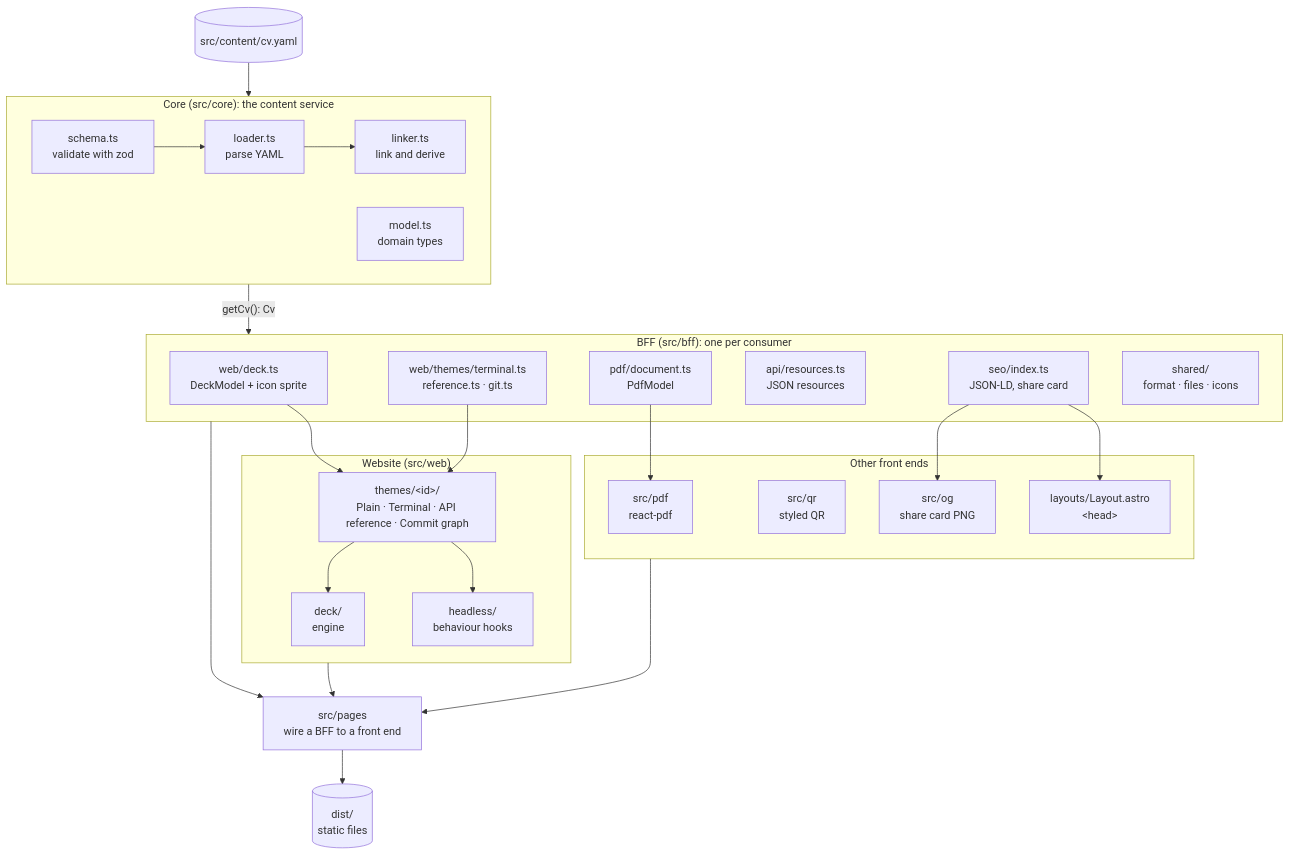
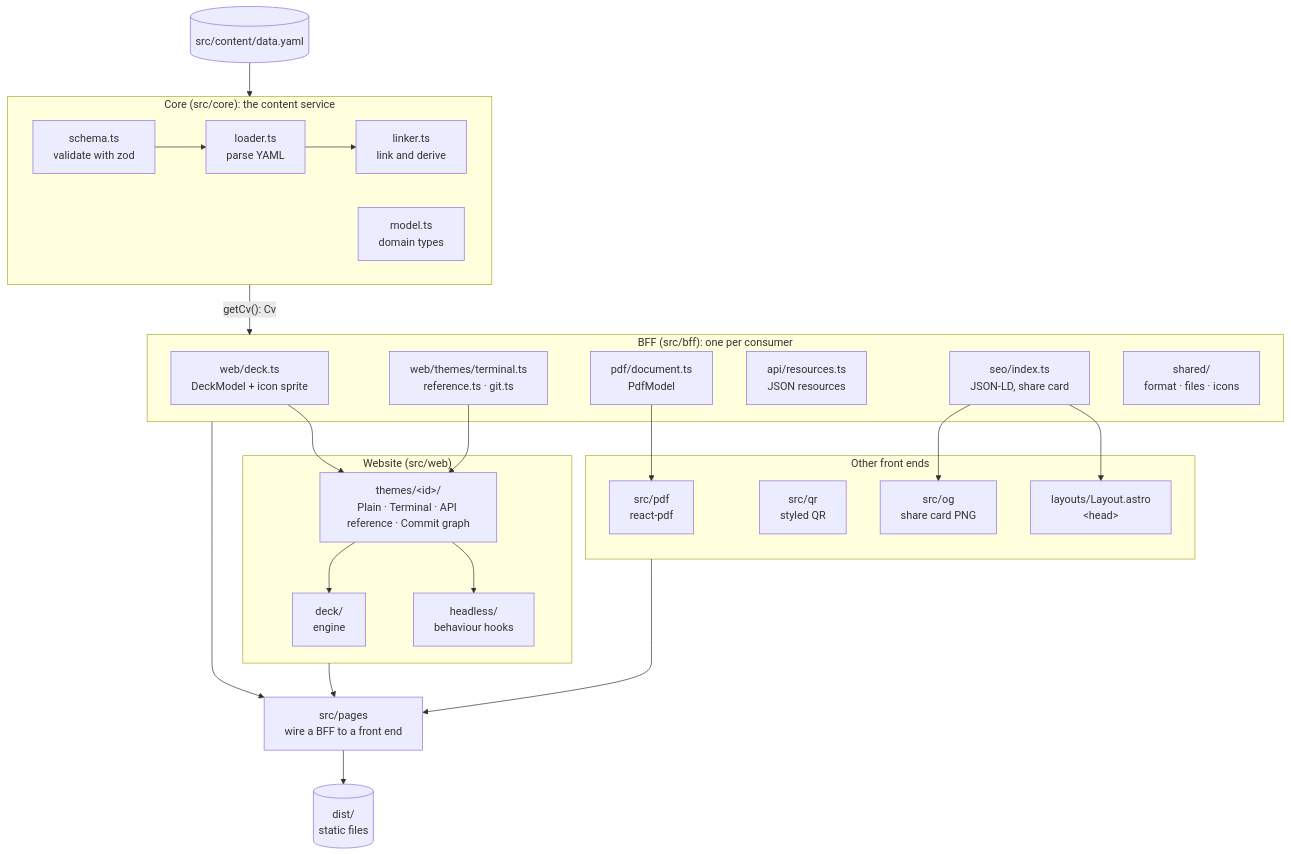
Before and after one commit to steinmaerivoet/CurriculumVitae: the first of 10 diagrams in docs/ARCHITECTURE.md, drawn with Mermaid. The commit also changed other lines of this file and 26 other files, not shown here.

First line of the commit message:
Rename cv.yaml to data.yaml and add a JSON Schema for editors

````diff
--- a/docs/ARCHITECTURE.md
+++ b/docs/ARCHITECTURE.md
@@ -23,49 +23,49 @@
 ```mermaid
 flowchart TB
-  yaml[("src/content/cv.yaml")]
+  yaml[("src/content/data.yaml")]
 
   subgraph core["Core (src/core): the content service"]
     direction LR
     schema["schema.ts<br/>validate with zod"] --> loader["loader.ts<br/>parse YAML"] --> linker["linker.ts<br/>link and derive"]
     model["model.ts<br/>domain types"]
   end
 
   subgraph bff["BFF (src/bff): one per consumer"]
     deck["web/deck.ts<br/>DeckModel + icon sprite"]
     pres["web/themes/terminal.ts<br/>reference.ts · git.ts"]
     pdfm["pdf/document.ts<br/>PdfModel"]
     apim["api/resources.ts<br/>JSON resources"]
     seom["seo/index.ts<br/>JSON-LD, share card"]
     shared["shared/<br/>format · files · icons"]
   end
 
   subgraph web["Website (src/web)"]
     engine["deck/<br/>engine"]
     headless["headless/<br/>behaviour hooks"]
     themes["themes/&lt;id&gt;/<br/>Plain · Terminal · API reference · Commit graph"]
   end
 
   subgraph other["Other front ends"]
     pdf["src/pdf<br/>react-pdf"]
     qr["src/qr<br/>styled QR"]
     og["src/og<br/>share card PNG"]
     layout["layouts/Layout.astro<br/>&lt;head&gt;"]
   end
 
   pages["src/pages<br/>wire a BFF to a front end"]
   dist[("dist/<br/>static files")]
 
   yaml --> schema
   linker -- "getCv(): Cv" --> bff
   deck --> themes
   pres --> themes
   themes --> engine
   themes --> headless
   pdfm --> pdf
   seom --> og
   seom --> layout
   bff --> pages
   web --> pages
   other --> pages
   pages --> dist
 ```
````
